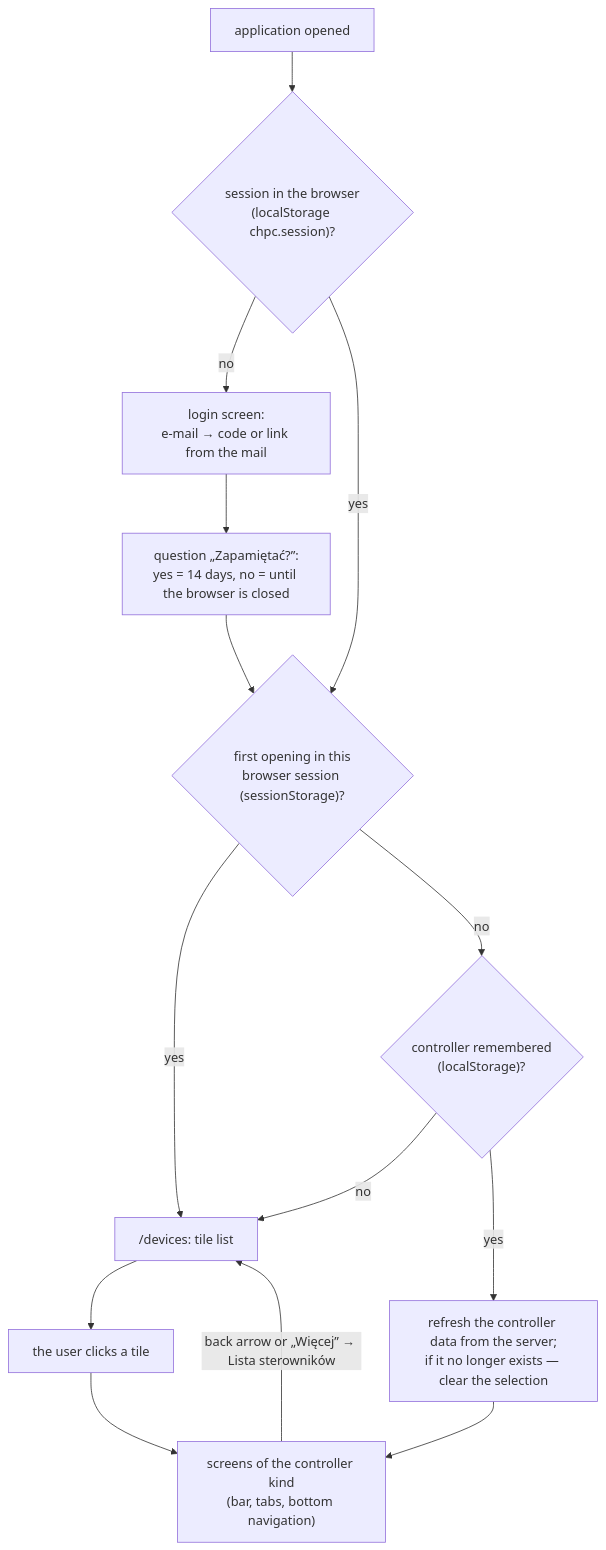
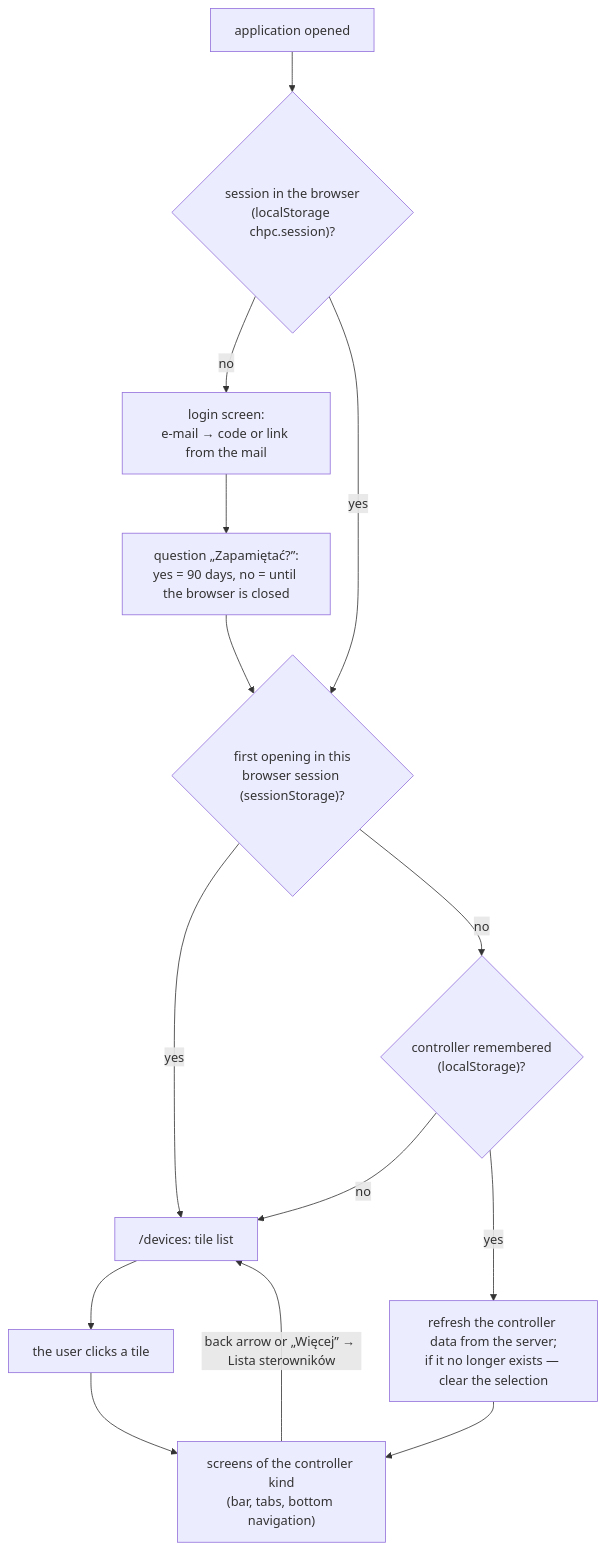
One commit to robertorlowski/chpc-web changed the fifth of 6 diagrams in docs/en/moduly/core/2-how-it-works.md. Above: the diagram before and after it, drawn with Mermaid. The commit also changed other lines of this file and 15 other files, not shown here.

````diff
--- a/docs/en/moduly/core/2-how-it-works.md
+++ b/docs/en/moduly/core/2-how-it-works.md
@@ -118,16 +118,16 @@
 ```mermaid
 flowchart TD
     S["application opened"] --> AUTH{"session in the browser<br/>(localStorage chpc.session)?"}
     AUTH -- no --> LOGIN["login screen:<br/>e-mail → code or link from the mail"]
-    LOGIN --> REM["question „Zapamiętać?”:<br/>yes = 14 days, no = until the browser is closed"]
+    LOGIN --> REM["question „Zapamiętać?”:<br/>yes = 90 days, no = until the browser is closed"]
     REM --> FIRST
     AUTH -- yes --> FIRST{"first opening in this<br/>browser session (sessionStorage)?"}
     FIRST -- yes --> DEV["/devices: tile list"]
     FIRST -- no --> SEL{"controller remembered<br/>(localStorage)?"}
     SEL -- no --> DEV
     SEL -- yes --> CHK["refresh the controller data from the server;<br/>if it no longer exists — clear the selection"]
     DEV --> USER["the user clicks a tile"]
     USER --> APP["screens of the controller kind<br/>(bar, tabs, bottom navigation)"]
     CHK --> APP
     APP -- "back arrow or „Więcej” → Lista sterowników" --> DEV
 ```
````
